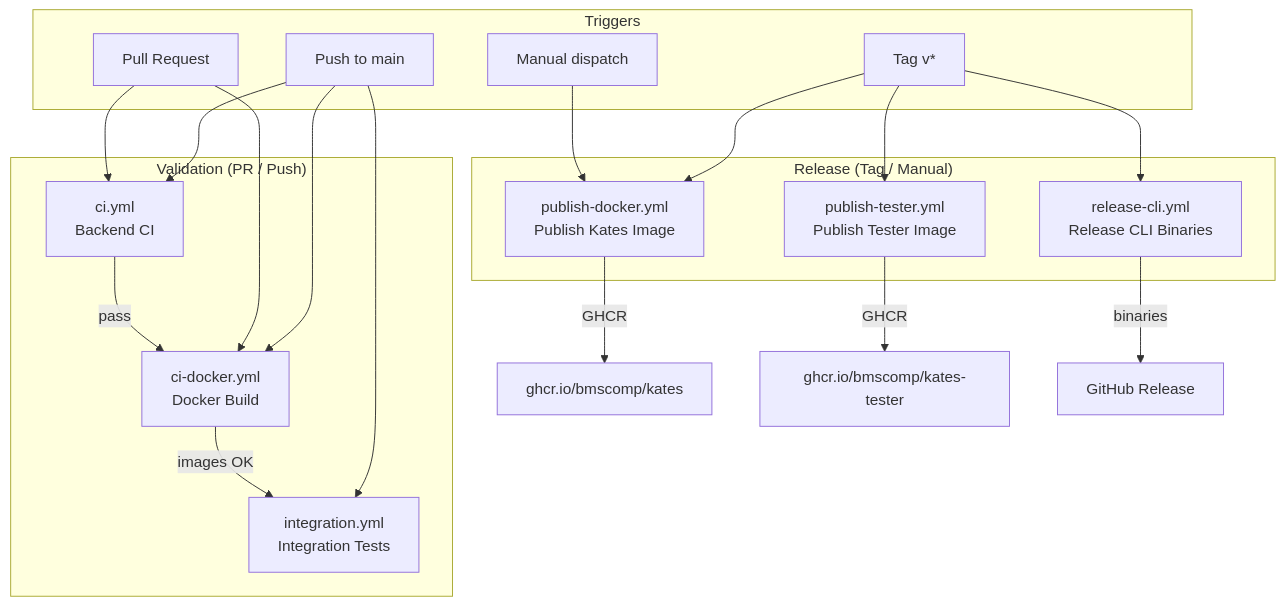
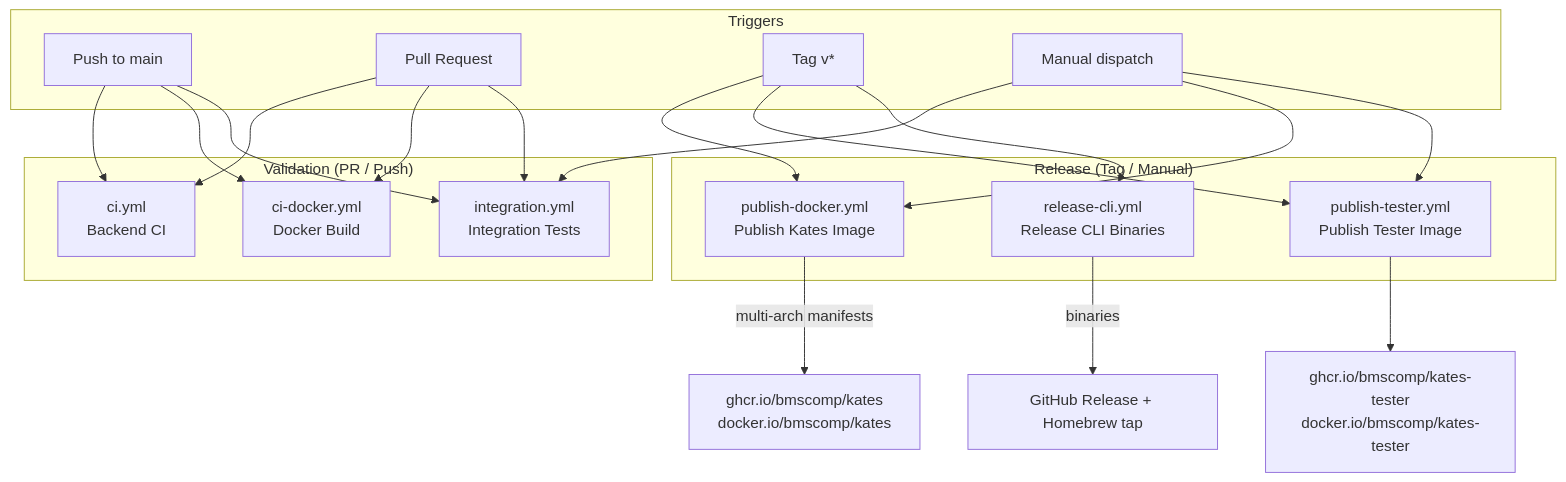
The first of 2 diagrams in docs/book/appendix-c-cicd.md (actions-marketplace-validations/bmscomp_kates), drawn with Mermaid before and after one commit. The commit also changed other lines of this file and 23 other files, not shown here.

````diff
--- a/docs/book/appendix-c-cicd.md
+++ b/docs/book/appendix-c-cicd.md
@@ -7,37 +7,38 @@
 ```mermaid
 graph TB
     subgraph Triggers
         Push[Push to main]
         PR[Pull Request]
         Tag[Tag v*]
         Manual[Manual dispatch]
     end
 
     subgraph Validation["Validation (PR / Push)"]
         CI[ci.yml<br/>Backend CI]
         CID[ci-docker.yml<br/>Docker Build]
         INT[integration.yml<br/>Integration Tests]
     end
 
     subgraph Release["Release (Tag / Manual)"]
         PD[publish-docker.yml<br/>Publish Kates Image]
         PT[publish-tester.yml<br/>Publish Tester Image]
         RC[release-cli.yml<br/>Release CLI Binaries]
     end
 
     Push --> CI
     PR --> CI
     Push --> CID
     PR --> CID
     Push --> INT
+    PR --> INT
+    Manual --> INT
     Tag --> PD
     Manual --> PD
     Tag --> PT
+    Manual --> PT
     Tag --> RC
 
-    CI -->|"pass"| CID
-    CID -->|"images OK"| INT
-    PD -->|"GHCR"| Registry["ghcr.io/bmscomp/kates"]
-    PT -->|"GHCR"| Registry2["ghcr.io/bmscomp/kates-tester"]
-    RC -->|"binaries"| GHR["GitHub Release"]
+    PD -->|"multi-arch manifests"| Registry["ghcr.io/bmscomp/kates<br/>docker.io/bmscomp/kates"]
+    PT --> Registry2["ghcr.io/bmscomp/kates-tester<br/>docker.io/bmscomp/kates-tester"]
+    RC -->|"binaries"| GHR["GitHub Release + Homebrew tap"]
 ```
````
